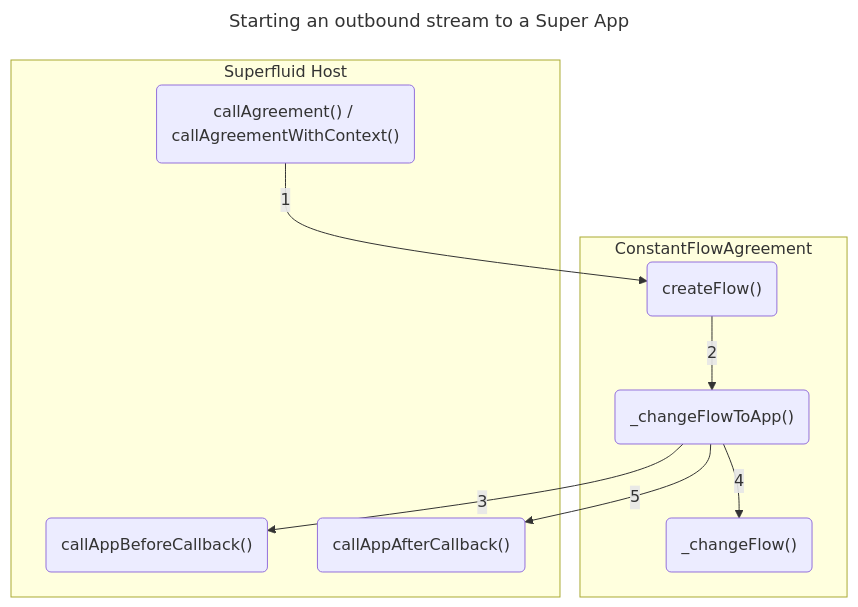
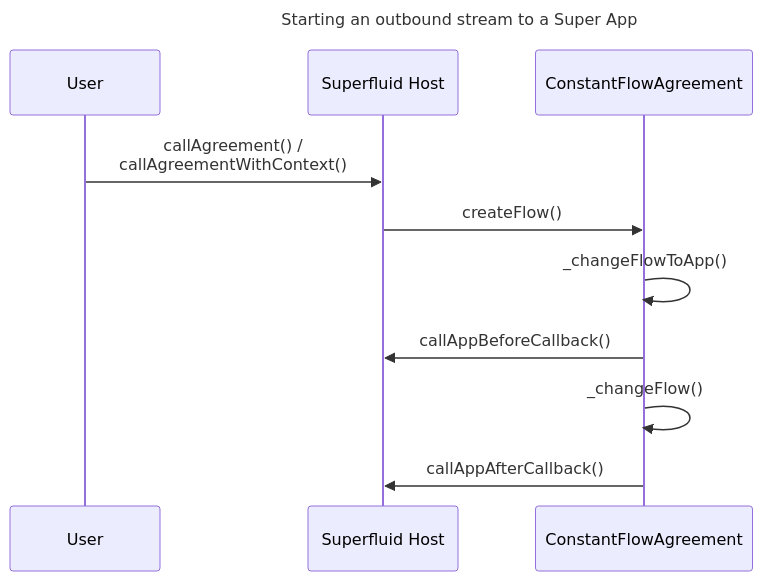
One commit to YanhuiJessica/YanhuiJessica.github.io changed the fifth of 5 diagrams in content/posts/superfluid_protocol.md. Above: the diagram before and after it, drawn with Mermaid. The commit also changed other lines of this file, not shown here.

Commit message:
super token decimal & update graph

````diff
--- a/content/posts/superfluid_protocol.md
+++ b/content/posts/superfluid_protocol.md
@@ -165,24 +166,13 @@
 ```mermaid
 ---
 title: Starting an outbound stream to a Super App
 ---
-flowchart TD
+sequenceDiagram
 
-subgraph "Superfluid Host"
-CA("callAgreement() / callAgreementWithContext()")
-before("callAppBeforeCallback()")
-after("callAppAfterCallback()")
-end
-
-subgraph "ConstantFlowAgreement"
-createFlow("createFlow()")
-change2App("_changeFlowToApp()")
-changeFlow("_changeFlow()")
-end
-
-CA -- 1 --> createFlow
-createFlow -- 2 --> change2App
-change2App -- 3 --> before
-change2App -- 4 --> changeFlow
-change2App -- 5 --> after
+User->>Superfluid Host: callAgreement() /<br/> callAgreementWithContext()
+Superfluid Host->>ConstantFlowAgreement: createFlow()
+ConstantFlowAgreement->>ConstantFlowAgreement: _changeFlowToApp()
+ConstantFlowAgreement->>Superfluid Host: callAppBeforeCallback()
+ConstantFlowAgreement->>ConstantFlowAgreement: _changeFlow()
+ConstantFlowAgreement->>Superfluid Host: callAppAfterCallback()
 ```
````
